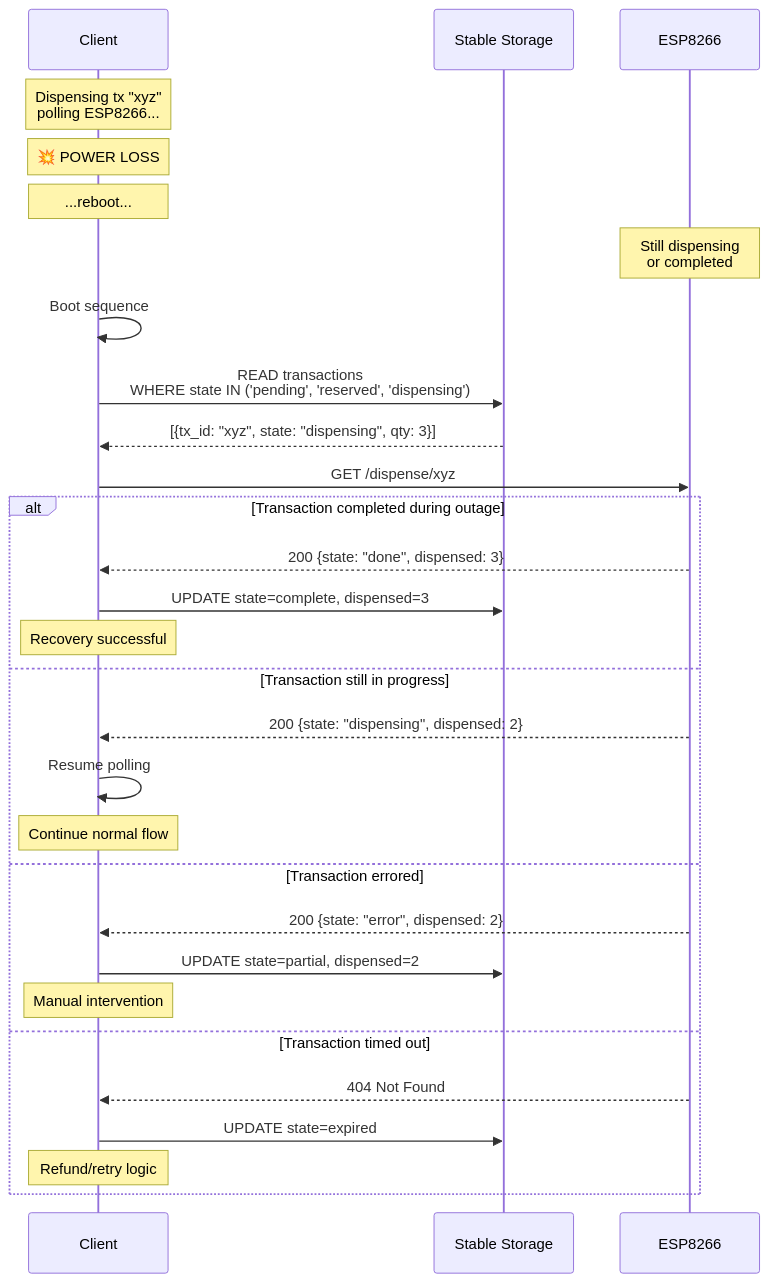
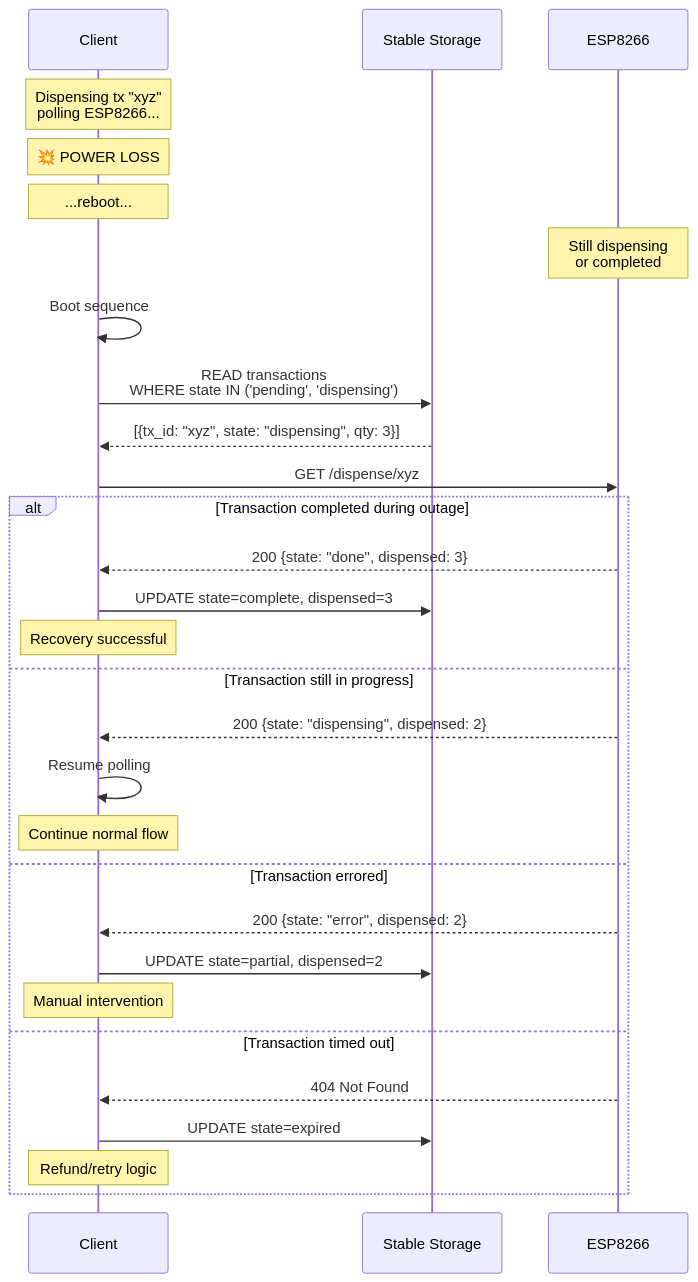
Diagram 15 of 28 in ARCHITECTURE.md (dgloeckner/remote-token-dispenser), drawn with Mermaid before and after one commit. The commit also changed other lines of this file, not shown here.

Commit message:
docs: update architecture docu

````diff
--- a/ARCHITECTURE.md
+++ b/ARCHITECTURE.md
@@ -675,38 +874,38 @@
 ```mermaid
 sequenceDiagram
     participant Client
     participant DB as Stable Storage
     participant ESP8266
 
     Note over Client: Dispensing tx "xyz"<br/>polling ESP8266...
 
     Note over Client: 💥 POWER LOSS
 
     Note over Client: ...reboot...
     Note over ESP8266: Still dispensing<br/>or completed
 
     Client->>Client: Boot sequence
-    Client->>DB: READ transactions<br/>WHERE state IN ('pending', 'reserved', 'dispensing')
+    Client->>DB: READ transactions<br/>WHERE state IN ('pending', 'dispensing')
 
     DB-->>Client: [{tx_id: "xyz", state: "dispensing", qty: 3}]
 
     Client->>ESP8266: GET /dispense/xyz
 
     alt Transaction completed during outage
         ESP8266-->>Client: 200 {state: "done", dispensed: 3}
         Client->>DB: UPDATE state=complete, dispensed=3
         Note over Client: Recovery successful
     else Transaction still in progress
         ESP8266-->>Client: 200 {state: "dispensing", dispensed: 2}
         Client->>Client: Resume polling
         Note over Client: Continue normal flow
     else Transaction errored
         ESP8266-->>Client: 200 {state: "error", dispensed: 2}
         Client->>DB: UPDATE state=partial, dispensed=2
         Note over Client: Manual intervention
     else Transaction timed out
         ESP8266-->>Client: 404 Not Found
         Client->>DB: UPDATE state=expired
         Note over Client: Refund/retry logic
     end
 ```
````
